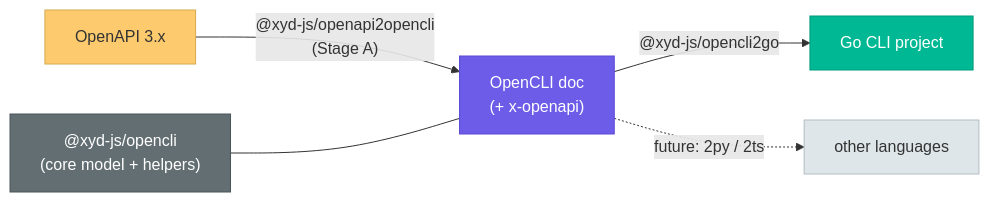
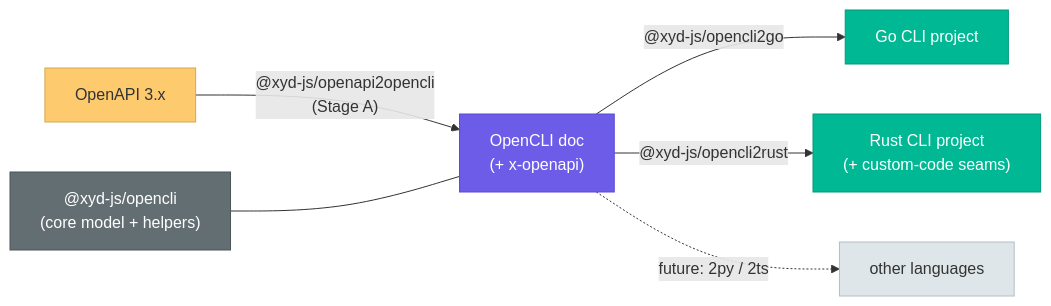
One commit to livesession/xyd changed the diagram in .dev/docs/13.api-definitions/OpenCliCliGeneration.md. Above: the diagram before and after it, drawn with Mermaid. The commit also changed other lines of this file and 17 other files, not shown here.

Commit message:
feat(opensdk): allow CLI output targets (go-cli/rust-cli) in generate, sdk.json and chains

````diff
--- a/.dev/docs/13.api-definitions/OpenCliCliGeneration.md
+++ b/.dev/docs/13.api-definitions/OpenCliCliGeneration.md
@@ -19,14 +20,16 @@
 ```mermaid
 graph LR
     OAS["OpenAPI 3.x"] -->|"@xyd-js/openapi2opencli\n(Stage A)"| OCLI["OpenCLI doc\n(+ x-openapi)"]
     OCLI -->|"@xyd-js/opencli2go"| GO["Go CLI project"]
+    OCLI -->|"@xyd-js/opencli2rust"| RUST["Rust CLI project\n(+ custom-code seams)"]
     OCLI -.->|"future: 2py / 2ts"| OTHER["other languages"]
 
     CORE["@xyd-js/opencli\n(core model + helpers)"] --- OCLI
 
     style OAS fill:#fdcb6e,color:#333,stroke:#d4a94e
     style OCLI fill:#6c5ce7,color:#fff,stroke:#5a4bd4
     style GO fill:#00b894,color:#fff,stroke:#009a7a
+    style RUST fill:#00b894,color:#fff,stroke:#009a7a
     style OTHER fill:#dfe6e9,color:#333,stroke:#b2bec3
     style CORE fill:#636e72,color:#fff,stroke:#4a5558
 ```
````
